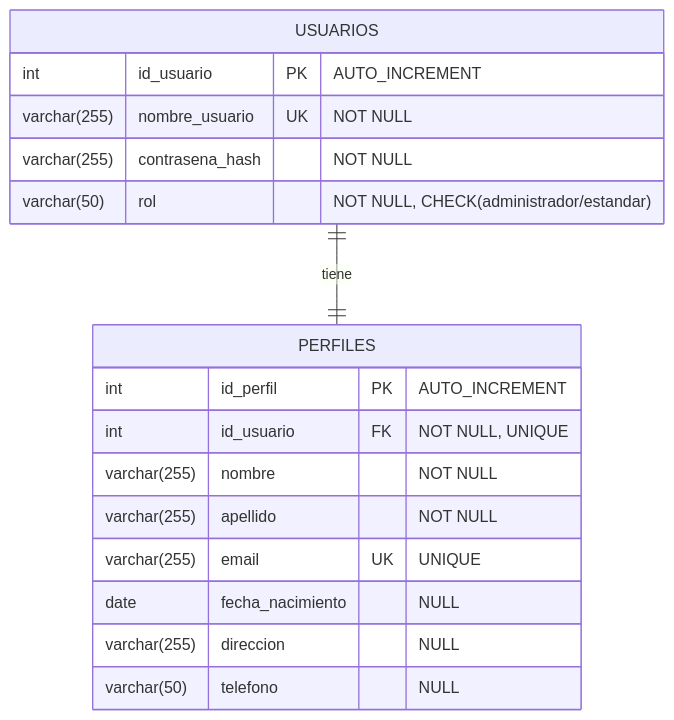
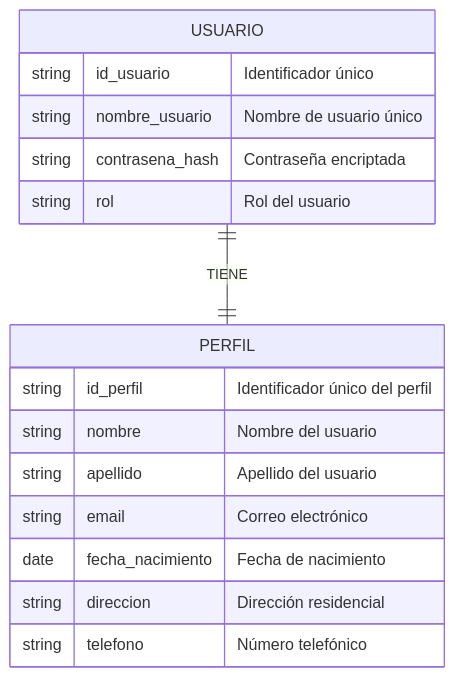
Before and after one commit to ISPC-WEB-2025/ev3_progr_bbdd: the diagram in docs/diagrams/diagrama_DER.md, drawn with Mermaid.

Commit message:
Update diagrama_DER.md
docs: Corregido diagrama DER a notación CHEN

````diff
--- a/docs/diagrams/diagrama_DER.md
+++ b/docs/diagrams/diagrama_DER.md
@@ -1,22 +1,21 @@
 ```mermaid
 erDiagram
-    USUARIOS {
-        int id_usuario PK "AUTO_INCREMENT"
-        varchar(255) nombre_usuario UK "NOT NULL"
-        varchar(255) contrasena_hash "NOT NULL"
-        varchar(50) rol "NOT NULL, CHECK(administrador/estandar)"
+    USUARIO {
+        string id_usuario "Identificador único"
+        string nombre_usuario "Nombre de usuario único"
+        string contrasena_hash "Contraseña encriptada"
+        string rol "Rol del usuario"
     }
     
-    PERFILES {
-        int id_perfil PK "AUTO_INCREMENT"
-        int id_usuario FK "NOT NULL, UNIQUE"
-        varchar(255) nombre "NOT NULL"
-        varchar(255) apellido "NOT NULL"
-        varchar(255) email UK "UNIQUE"
-        date fecha_nacimiento "NULL"
-        varchar(255) direccion "NULL"
-        varchar(50) telefono "NULL"
+    PERFIL {
+        string id_perfil "Identificador único del perfil"
+        string nombre "Nombre del usuario"
+        string apellido "Apellido del usuario"
+        string email "Correo electrónico"
+        date fecha_nacimiento "Fecha de nacimiento"
+        string direccion "Dirección residencial"
+        string telefono "Número telefónico"
     }
     
-    USUARIOS ||--|| PERFILES : "tiene"
+    USUARIO ||--|| PERFIL : TIENE
 ```
````
